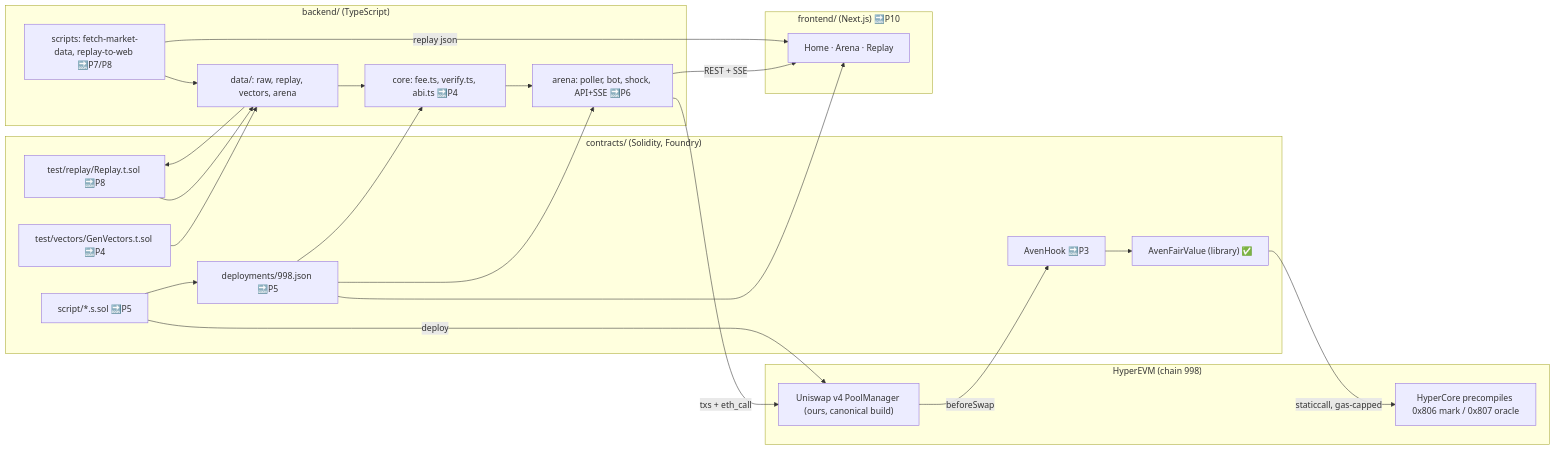
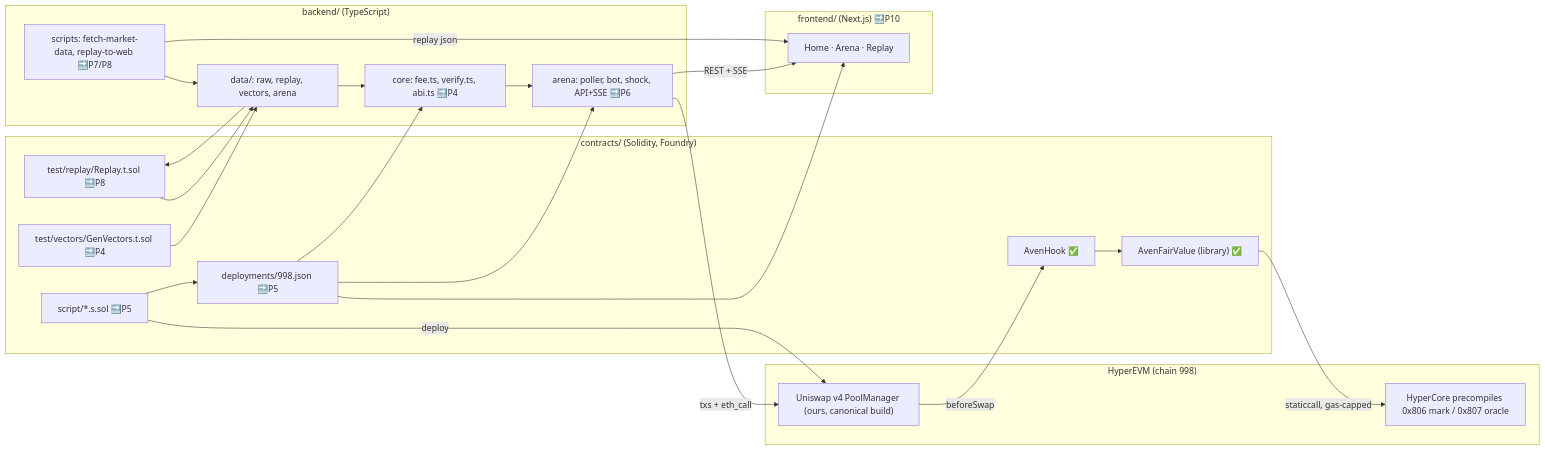
Before and after one commit to SATISH-JALAN/Aven: the diagram in docs/FLOW.md, drawn with Mermaid. The commit also changed other lines of this file and 9 other files, not shown here.

First line of the commit message:
feat(contracts): AvenHook, IAvenHook, test base and v4 integration tests

````diff
--- a/docs/FLOW.md
+++ b/docs/FLOW.md
@@ -13,34 +13,34 @@
 ```mermaid
 flowchart LR
   subgraph contracts["contracts/ (Solidity, Foundry)"]
     FV["AvenFairValue (library) ✅"]
-    HK["AvenHook 🔜P3"]
+    HK["AvenHook ✅"]
     SC["script/*.s.sol 🔜P5"]
     DEP["deployments/998.json 🔜P5"]
     REP["test/replay/Replay.t.sol 🔜P8"]
     VEC["test/vectors/GenVectors.t.sol 🔜P4"]
   end
   subgraph chain["HyperEVM (chain 998)"]
     PM["Uniswap v4 PoolManager (ours, canonical build)"]
     PC["HyperCore precompiles 0x806 mark / 0x807 oracle"]
   end
   subgraph backend["backend/ (TypeScript)"]
     CORE["core: fee.ts, verify.ts, abi.ts 🔜P4"]
     ARENA["arena: poller, bot, shock, API+SSE 🔜P6"]
     SCR["scripts: fetch-market-data, replay-to-web 🔜P7/P8"]
     DATA["data/: raw, replay, vectors, arena"]
   end
   subgraph frontend["frontend/ (Next.js) 🔜P10"]
     WEB["Home · Arena · Replay"]
   end
   SC -->|deploy| PM
   SC --> DEP
   PM -->|beforeSwap| HK --> FV -->|staticcall, gas-capped| PC
   DEP --> CORE & ARENA & WEB
   ARENA -->|txs + eth_call| PM
   ARENA -->|REST + SSE| WEB
   CORE --> ARENA
   VEC --> DATA --> CORE
   SCR --> DATA --> REP --> DATA
   SCR -->|replay json| WEB
 ```
````
